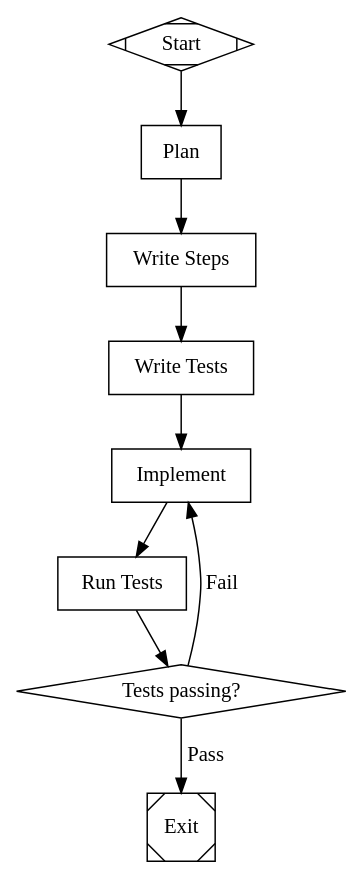
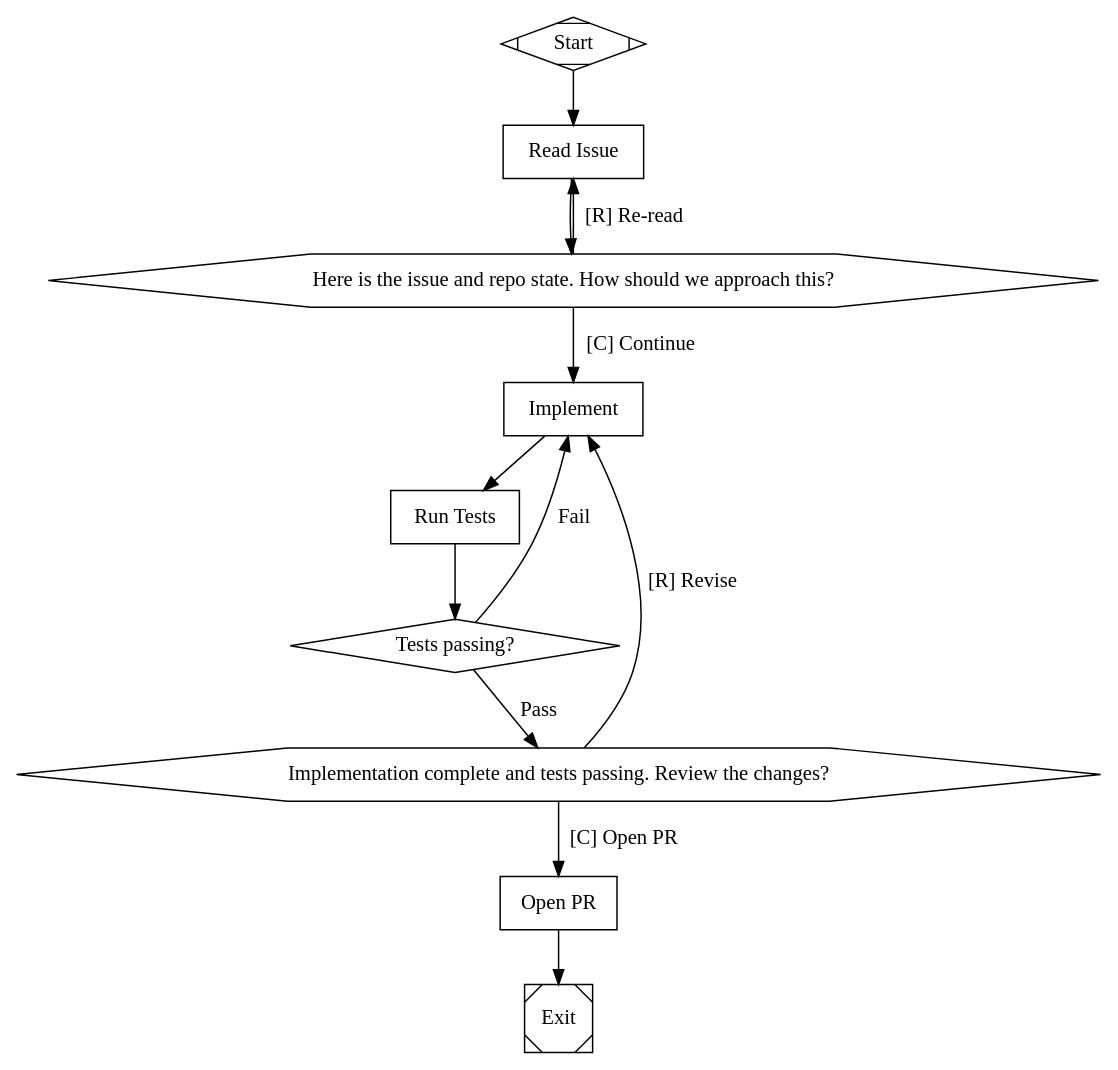
One commit to blakeai/attractor changed the diagram in pipelines/engineering.dot. Above: the diagram before and after it, drawn with Graphviz.

Commit message:
feat: rewrite engineering pipeline for agentic TDD with PR output
Flow: read issue -> review plan with human -> implement (TDD) ->
run tests -> review changes with human -> open PR. Human gates at
plan review and change review. Outputs a PR referencing the issue.

```diff
--- a/pipelines/engineering.dot
+++ b/pipelines/engineering.dot
@@ -1,40 +1,49 @@
 digraph Engineering {
-    graph [goal="$goal", retry_target=implement]
+    graph [goal="$goal", repo="$repo"]
     node [shape=box]
 
     start [shape=Mdiamond, label="Start"]
     exit  [shape=Msquare, label="Exit"]
 
-    plan [
-        label="Plan",
-        prompt="Your goal is: $goal\n\nRead the discovery spec and plan the implementation. Break down into components, identify file paths, define the development sequence, and outline the test strategy. Reference the .feature files from discovery as the source of truth for acceptance criteria."
+    read_issue [
+        label="Read Issue",
+        prompt="Your goal is: $goal\nRepo: $repo\n\nUse the shell tool to fetch the GitHub issue details with `gh issue view <number> --json title,body,labels`. Read the issue thoroughly. Then explore the repo to understand the current state — read relevant files, check the structure, understand conventions.\n\nOutput a summary of the issue requirements and the current repo state relevant to this work."
     ]
 
-    write_steps [
-        label="Write Steps",
-        prompt="Your goal is: $goal\n\nWrite Playwright BDD step definitions (.steps.ts) that implement the Given/When/Then steps from the .feature files produced in discovery. Use shared steps for common operations, page object patterns for UI interactions, and proper test context management."
-    ]
-
-    write_tests [
-        label="Write Tests",
-        prompt="Your goal is: $goal\n\nTDD RED phase. Write additional unit and integration tests based on the acceptance criteria. Tests MUST fail before implementation — verify they fail and report the failures. Cover edge cases and error paths beyond what the BDD scenarios capture."
+    review_plan [
+        shape=hexagon,
+        label="Here is the issue and repo state. How should we approach this?"
     ]
 
     implement [
         label="Implement",
-        prompt="Your goal is: $goal\n\nTDD GREEN phase. Write the minimal code to make all tests pass. Follow existing repository patterns and conventions. Do not add functionality beyond what the tests require."
+        prompt="Your goal is: $goal\nRepo: $repo\nHuman feedback: $human.feedback\n\nIncorporate the human's feedback above. Implement the changes using TDD:\n1. Write tests first that capture the acceptance criteria\n2. Run them to confirm they fail\n3. Write the minimal code to make them pass\n4. Run tests again to confirm they pass\n\nUse the shell tool to run tests. Use read/write/edit tools for code changes. Follow existing repo conventions. Make small, incremental changes."
     ]
 
     run_tests [
         label="Run Tests",
-        prompt="Your goal is: $goal\n\nRun the full test suite including unit tests, integration tests, and BDD step definitions. Report results clearly: total tests, passed, failed, and any error details.",
-        goal_gate=true,
-        retry_target=implement
+        prompt="Your goal is: $goal\nRepo: $repo\n\nRun the full test suite using the shell tool. Report results clearly: total tests, passed, failed, and any error details. If tests fail, show the specific failures."
     ]
 
-    gate [shape=diamond, label="Tests passing?"]
+    test_gate [shape=diamond, label="Tests passing?"]
 
-    start -> plan -> write_steps -> write_tests -> implement -> run_tests -> gate
-    gate -> exit      [label="Pass", condition="outcome=success"]
-    gate -> implement [label="Fail", condition="outcome!=success"]
+    review_changes [
+        shape=hexagon,
+        label="Implementation complete and tests passing. Review the changes?"
+    ]
+
+    open_pr [
+        label="Open PR",
+        prompt="Your goal is: $goal\nRepo: $repo\nHuman feedback: $human.feedback\n\nIncorporate the human's feedback above. Use the shell tool to ship the changes as a PR:\n1. Create a feature branch: `git checkout -b <descriptive-branch-name>`\n2. Run `git add` for the relevant files (not .attractor/ logs)\n3. Create a descriptive commit message referencing the issue\n4. Push the branch: `git push -u origin <branch-name>`\n5. Create a PR: `gh pr create --title \"<title>\" --body \"<body>\"`\n\nThe PR body should reference the issue (e.g. Closes #N) and summarize what was done.\n\nDo NOT force push. Do NOT commit .attractor/ logs."
+    ]
+
+    start -> read_issue -> review_plan
+    review_plan -> implement        [label="[C] Continue"]
+    review_plan -> read_issue       [label="[R] Re-read"]
+    implement -> run_tests -> test_gate
+    test_gate -> review_changes     [label="Pass", condition="outcome=success"]
+    test_gate -> implement          [label="Fail", condition="outcome!=success"]
+    review_changes -> open_pr       [label="[C] Open PR"]
+    review_changes -> implement     [label="[R] Revise"]
+    open_pr -> exit
 }
```
